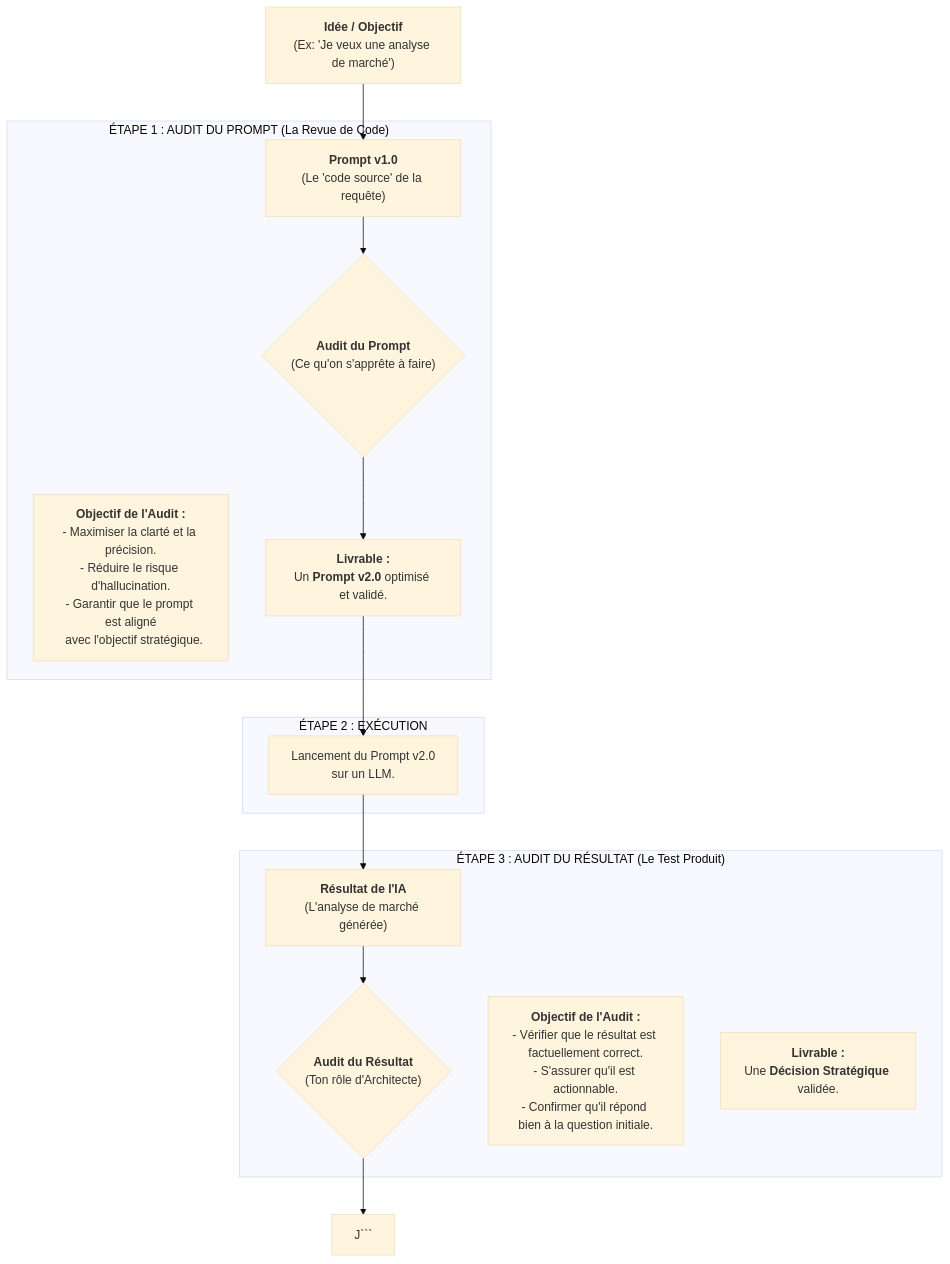
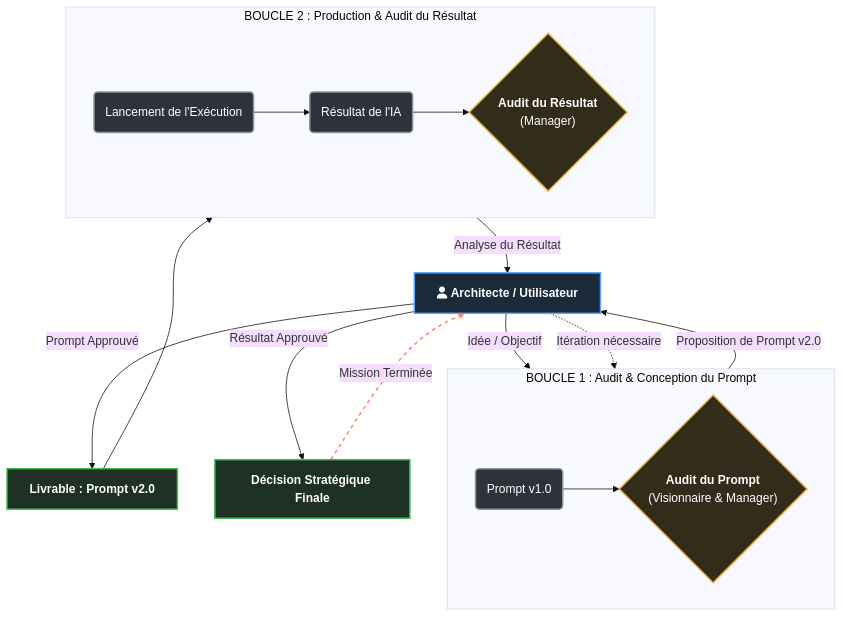
Before and after one commit to Sidix130/protocole_doubles-bloucles: the diagram in docs/protocol-double-loop-audit.mmd, drawn with Mermaid (base theme). The commit also changed 7 other files, not shown here.

````diff
--- a/docs/protocol-double-loop-audit.mmd
+++ b/docs/protocol-double-loop-audit.mmd
@@ -1,22 +1,39 @@
 graph TD
-    A["<b>Idée / Objectif</b><br/>(Ex: 'Je veux une analyse de marché')"]
-    
-    subgraph "ÉTAPE 1 : AUDIT DU PROMPT (La Revue de Code)"
-        B["<b>Prompt v1.0</b><br/>(Le 'code source' de la requête)"]
-        C{"<b>Audit du Prompt</b><br/>(Ce qu'on s'apprête à faire)"}
-        D["<b>Objectif de l'Audit :</b><br/>- Maximiser la clarté et la précision.<br/>- Réduire le risque d'hallucination.<br/>- Garantir que le prompt est aligné<br/>  avec l'objectif stratégique."]
-        E["<b>Livrable :</b><br/>Un <b>Prompt v2.0</b> optimisé et validé."]
+    %% === STYLES : Thème sombre harmonisé ===
+    classDef user fill:#1c2b3a,stroke:#58a6ff,stroke-width:2px,color:#FFFFFF;
+    classDef audit fill:#342c1b,stroke:#e3b341,stroke-width:2px,color:#FFFFFF;
+    classDef livrable fill:#1f3027,stroke:#3fb950,stroke-width:2px,color:#FFFFFF;
+    classDef artifact fill:#2d333b,stroke:#8b949e,stroke-width:2px,color:#FFFFFF;
+
+    %% === NOEUD CENTRAL : UTILISATEUR / ARCHITECTE ===
+    U["<i class='fa fa-user'></i> <b>Architecte / Utilisateur</b>"]:::user
+
+    %% === DÉBUT DU PROCESSUS ===
+    U -- "Idée / Objectif" --> B(Prompt v1.0):::artifact
+
+    %% === BOUCLE 1 : AUDIT & CONCEPTION DU PROMPT ===
+    subgraph "BOUCLE 1 : Audit & Conception du Prompt"
+        direction LR
+        B --> C{"<b>Audit du Prompt</b><br/>(Visionnaire & Manager)"}:::audit
     end
 
-    subgraph "ÉTAPE 2 : EXÉCUTION"
-        F["Lancement du Prompt v2.0<br/>sur un LLM."]
+    C -- "Proposition de Prompt v2.0" --> U
+    U -- "Prompt Approuvé" --> E["<b>Livrable : Prompt v2.0</b>"]:::livrable
+
+    E --> F(Lancement de l'Exécution):::artifact
+
+    %% === BOUCLE 2 : PRODUCTION & AUDIT DU RÉSULTAT ===
+    subgraph "BOUCLE 2 : Production & Audit du Résultat"
+        direction LR
+        F --> G(Résultat de l'IA):::artifact --> H{"<b>Audit du Résultat</b><br/>(Manager)"}:::audit
     end
 
-    subgraph "ÉTAPE 3 : AUDIT DU RÉSULTAT (Le Test Produit)"
-        G["<b>Résultat de l'IA</b><br/>(L'analyse de marché générée)"]
-        H{"<b>Audit du Résultat</b><br/>(Ton rôle d'Architecte)"}
-        I["<b>Objectif de l'Audit :</b><br/>- Vérifier que le résultat est factuellement correct.<br/>- S'assurer qu'il est actionnable.<br/>- Confirmer qu'il répond bien à la question initiale."]
-        J["<b>Livrable :</b><br/>Une <b>Décision Stratégique</b> validée."]
-    end
+    H -- "Analyse du Résultat" --> U
 
-    A --> B --> C --> E --> F --> G --> H --> J```
+    %% === VALIDATION FINALE & ITÉRATION ===
+    U -- "Résultat Approuvé" --> J["<b>Décision Stratégique Finale</b>"]:::livrable
+    U -. "Itération nécessaire" .-> C
+    J -- "Mission Terminée" --> U
+
+    %% === STYLE DU LIEN POINTILLÉ ===
+    linkStyle 10 stroke:#ff8566,stroke-width:2px,stroke-dasharray:5 5;
````
